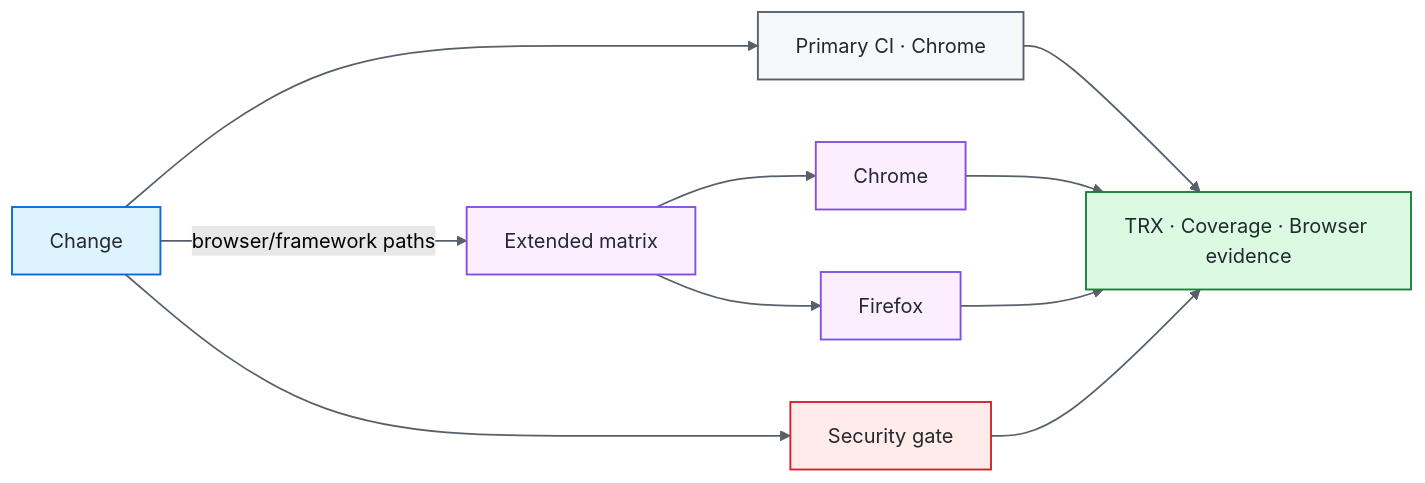
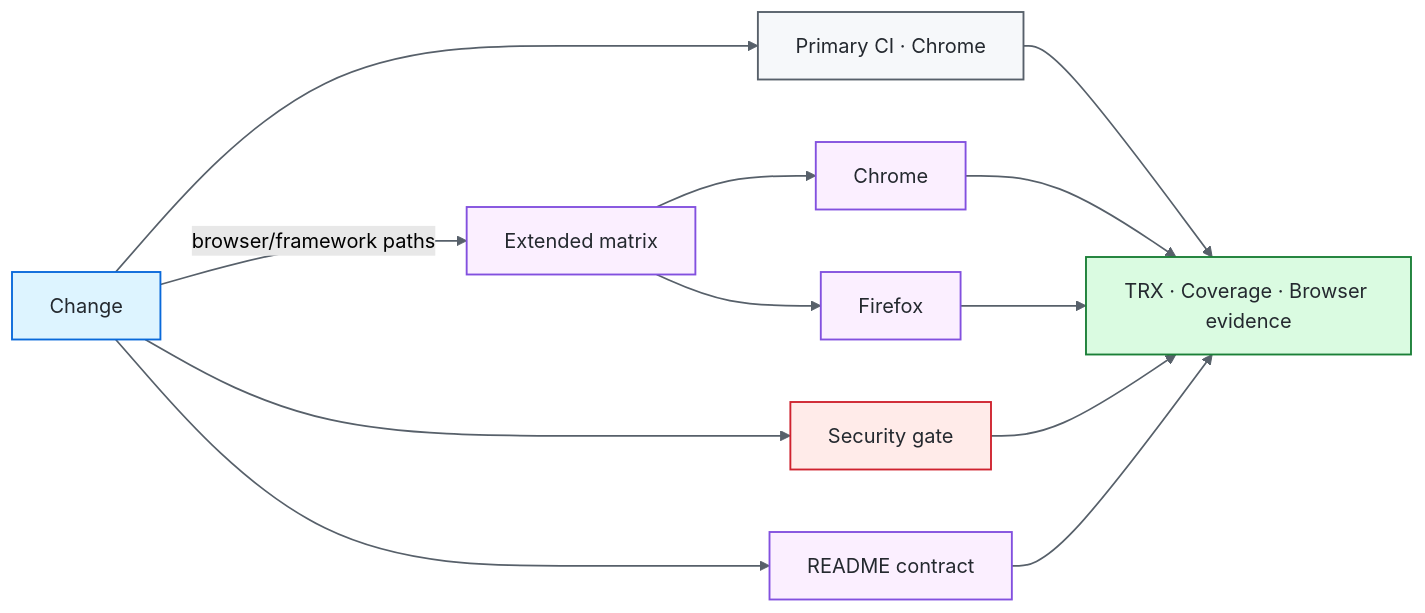
The first of 3 diagrams in README.md (portyu9/qa-automation-dotnet-selenium), drawn with Mermaid (forest theme) before and after one commit. The commit also changed other lines of this file and 2 other files, not shown here.

````diff
--- a/README.md
+++ b/README.md
@@ -32,24 +34,26 @@
 ```mermaid
 flowchart LR
     CHANGE[Change] --> CI[Primary CI · Chrome]
     CHANGE --> SEC[Security gate]
+    CHANGE --> DOCS[README contract]
     CHANGE -->|browser/framework paths| EXT[Extended matrix]
     EXT --> CH[Chrome]
     EXT --> FF[Firefox]
     CI --> EVIDENCE[TRX · Coverage · Browser evidence]
     CH --> EVIDENCE
     FF --> EVIDENCE
     SEC --> EVIDENCE
+    DOCS --> EVIDENCE
 
     classDef entry fill:#ddf4ff,stroke:#0969da,color:#24292f,stroke-width:1.5px;
     classDef core fill:#f6f8fa,stroke:#57606a,color:#24292f,stroke-width:1.5px;
     classDef gate fill:#fbefff,stroke:#8250df,color:#24292f,stroke-width:1.5px;
     classDef evidence fill:#dafbe1,stroke:#1a7f37,color:#24292f,stroke-width:1.5px;
     classDef security fill:#ffebe9,stroke:#cf222e,color:#24292f,stroke-width:1.5px;
     class CHANGE entry;
     class CI core;
-    class EXT,CH,FF gate;
+    class EXT,CH,FF,DOCS gate;
     class SEC security;
     class EVIDENCE evidence;
     linkStyle default stroke:#57606a,stroke-width:1.4px;
 ```
````
